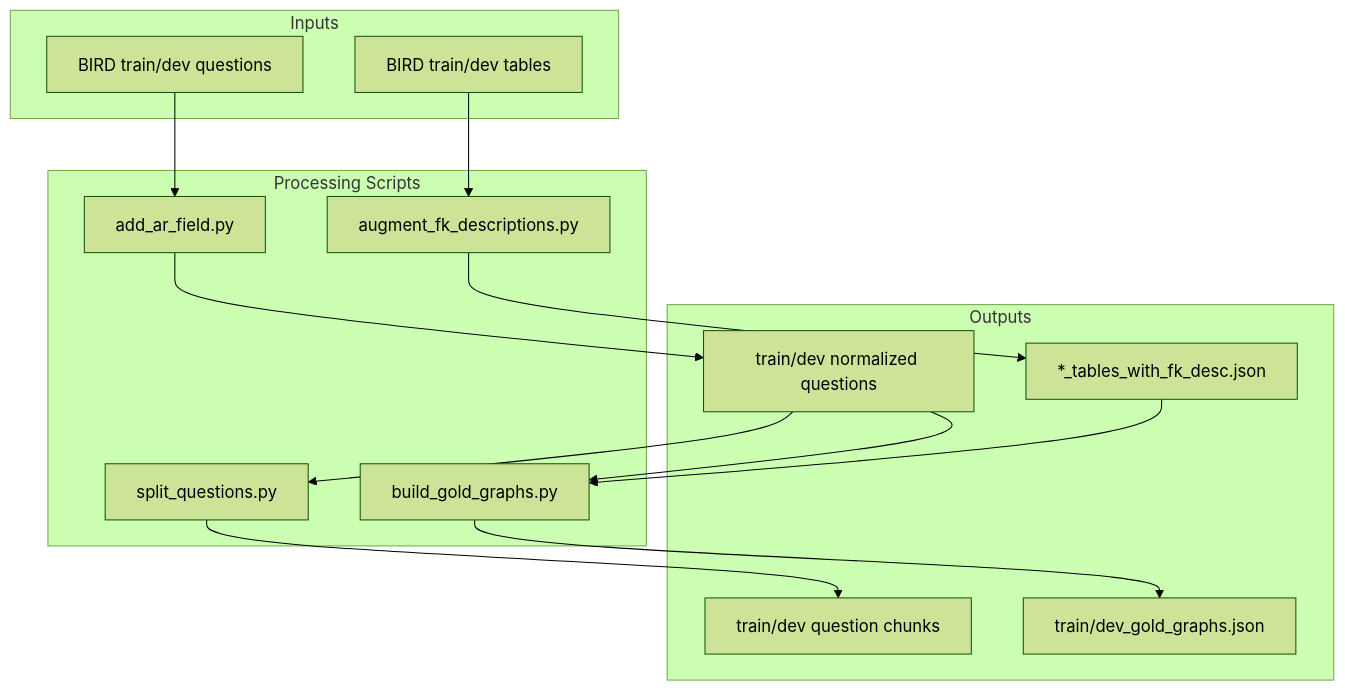
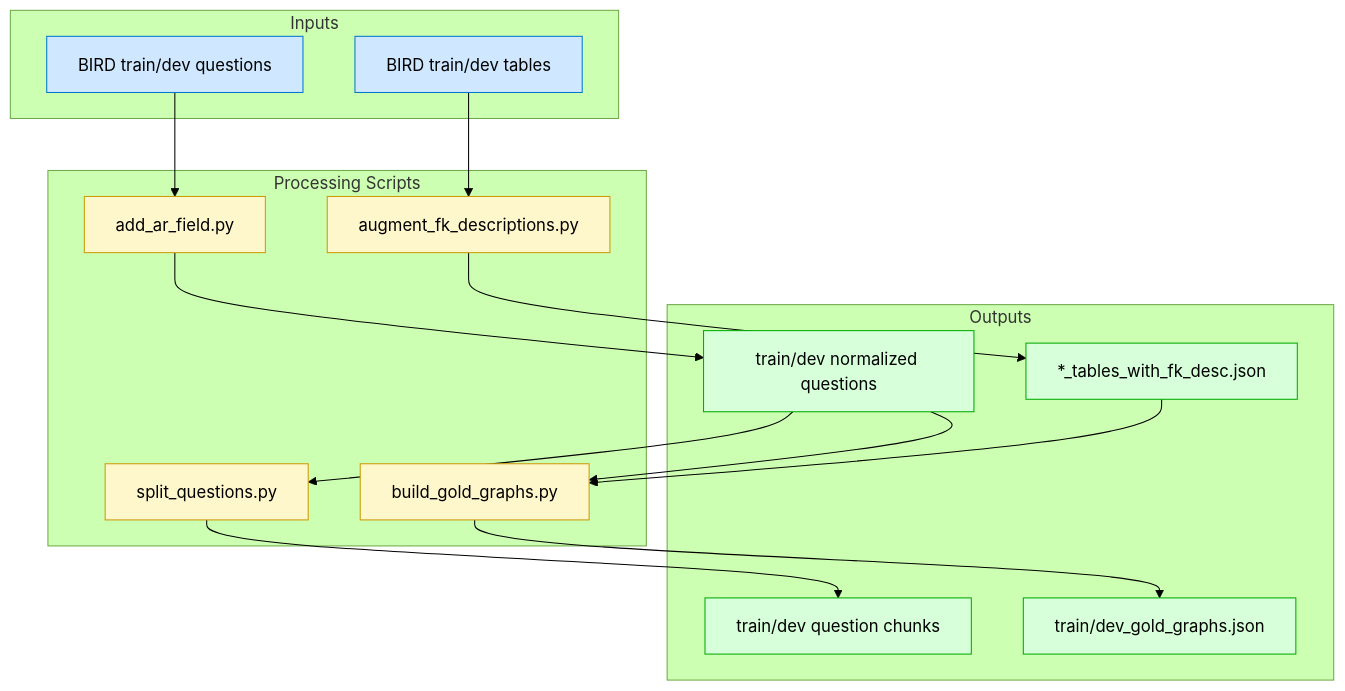
The fifth of 5 diagrams in README.md (Zeyadmosalem/Graduation), drawn with Mermaid (forest theme) before and after one commit. The commit also changed other lines of this file, not shown here.

````diff
--- a/README.md
+++ b/README.md
@@ -135,27 +214,39 @@
 ```mermaid
 graph TD
     subgraph Inputs
       I1[BIRD train/dev tables]
       I2[BIRD train/dev questions]
     end
 
     subgraph Processing Scripts
       P1[augment_fk_descriptions.py]
       P2[add_ar_field.py]
       P3[split_questions.py]
       P4[build_gold_graphs.py]
     end
 
     subgraph Outputs
       O1[*_tables_with_fk_desc.json]
       O2[train/dev normalized questions]
       O3[train/dev question chunks]
       O4[train/dev_gold_graphs.json]
     end
 
     I1 --> P1 --> O1
     I2 --> P2 --> O2
     O2 --> P3 --> O3
     O1 --> P4
     O2 --> P4 --> O4
+
+    style I1 fill:#cfe8ff,stroke:#0077cc,color:#000
+    style I2 fill:#cfe8ff,stroke:#0077cc,color:#000
+    style P1 fill:#fff7cc,stroke:#cc9a06,color:#000
+    style P2 fill:#fff7cc,stroke:#cc9a06,color:#000
+    style P3 fill:#fff7cc,stroke:#cc9a06,color:#000
+    style P4 fill:#fff7cc,stroke:#cc9a06,color:#000
+    style O1 fill:#d7ffd9,stroke:#0a0,color:#000
+    style O2 fill:#d7ffd9,stroke:#0a0,color:#000
+    style O3 fill:#d7ffd9,stroke:#0a0,color:#000
+    style O4 fill:#d7ffd9,stroke:#0a0,color:#000
+
 ```
````
